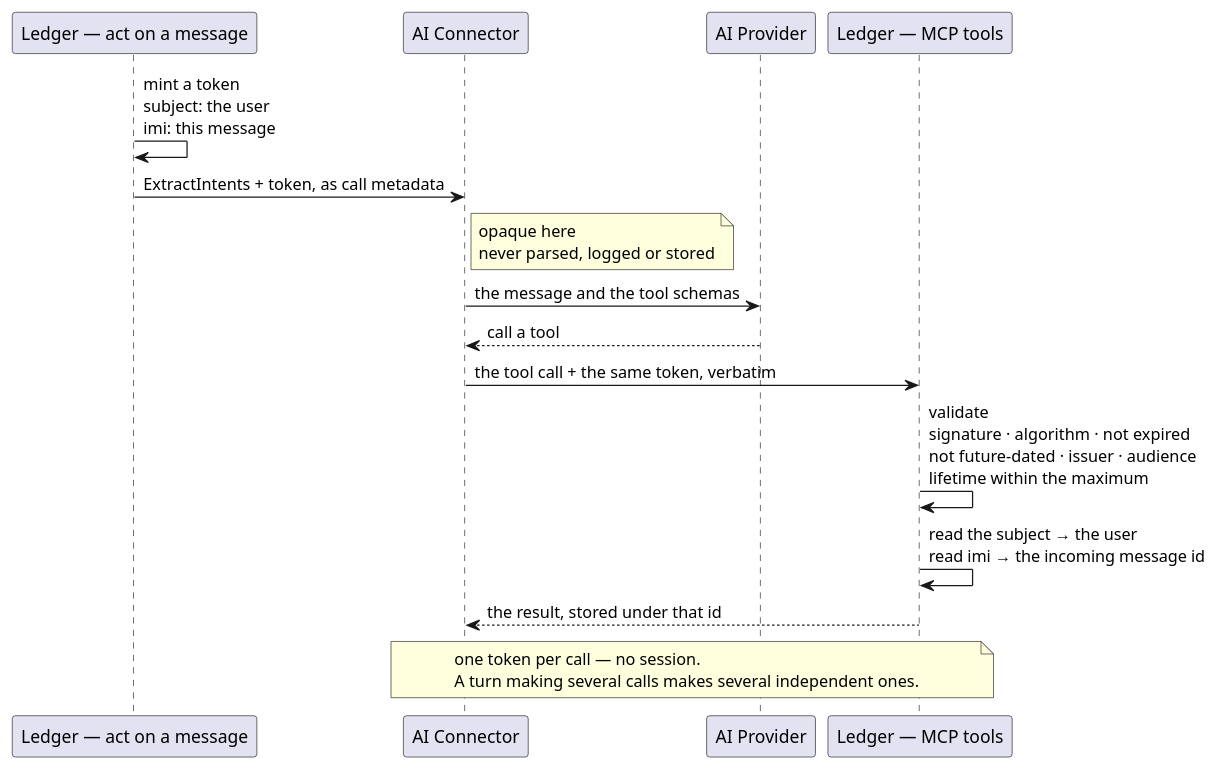
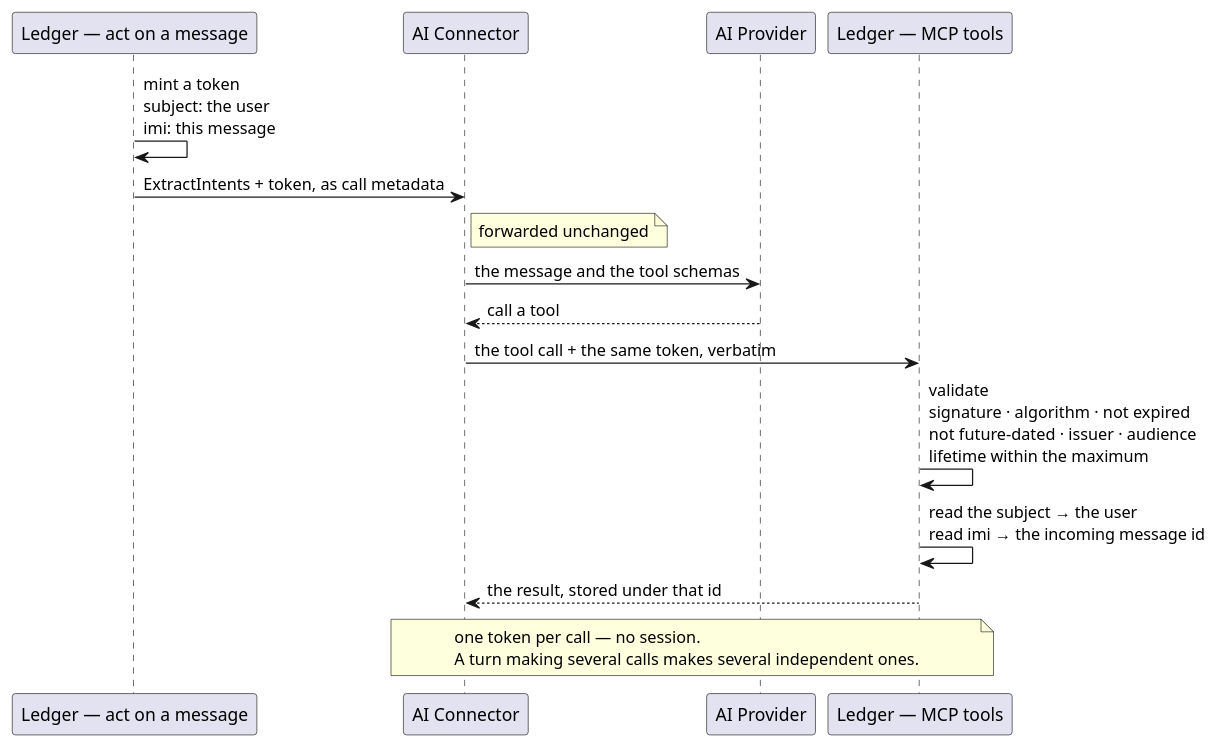
The diagram in ledger-service/docs/contracts/in/mcp.md (ds-usova/finance-bot), drawn with PlantUML before and after one commit. The commit also changed other lines of this file and 17 other files, not shown here.

````diff
--- a/ledger-service/docs/contracts/in/mcp.md
+++ b/ledger-service/docs/contracts/in/mcp.md
@@ -84,22 +78,22 @@
 ```plantuml
 @startuml McpCallerToken-Sequence
 participant "Ledger — act on a message" as Turn
 participant "AI Connector" as Connector
 participant "AI Provider" as Provider
 participant "Ledger — MCP tools" as Tools
 
 Turn -> Turn : mint a token\nsubject: the user\nimi: this message
 Turn -> Connector : ExtractIntents + token, as call metadata
-note right of Connector : opaque here\nnever parsed, logged or stored
+note right of Connector : forwarded unchanged
 
 Connector -> Provider : the message and the tool schemas
 Provider --> Connector : call a tool
 
 Connector -> Tools : the tool call + the same token, verbatim
 Tools -> Tools : validate\nsignature · algorithm · not expired\nnot future-dated · issuer · audience\nlifetime within the maximum
 Tools -> Tools : read the subject → the user\nread imi → the incoming message id
 Tools --> Connector : the result, stored under that id
 
 note over Connector, Tools : one token per call — no session.\nA turn making several calls makes several independent ones.
 @enduml
 ```
````
